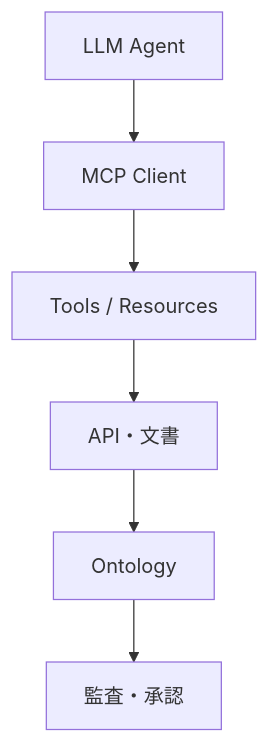
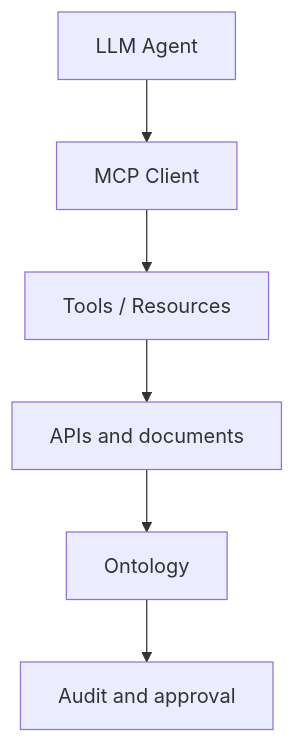
Diagram 12 of 13 in content/blog/en/ai-llm-ontology-memory.mdx (daylight55/research), drawn with Mermaid before and after one commit. The commit also changed other lines of this file and 26 other files, not shown here.

Commit message:
Translate English Mermaid labels

````diff
--- a/content/blog/en/ai-llm-ontology-memory.mdx
+++ b/content/blog/en/ai-llm-ontology-memory.mdx
@@ -390,8 +390,8 @@
 ```mermaid
 flowchart TD
   Agent["LLM Agent"] --> Client["MCP Client"]
   Client --> Surface["Tools / Resources"]
-  Surface --> Data["API・文書"]
+  Surface --> Data["APIs and documents"]
   Data --> Ont["Ontology"]
-  Ont --> Aud["監査・承認"]
+  Ont --> Aud["Audit and approval"]
 ```
````
